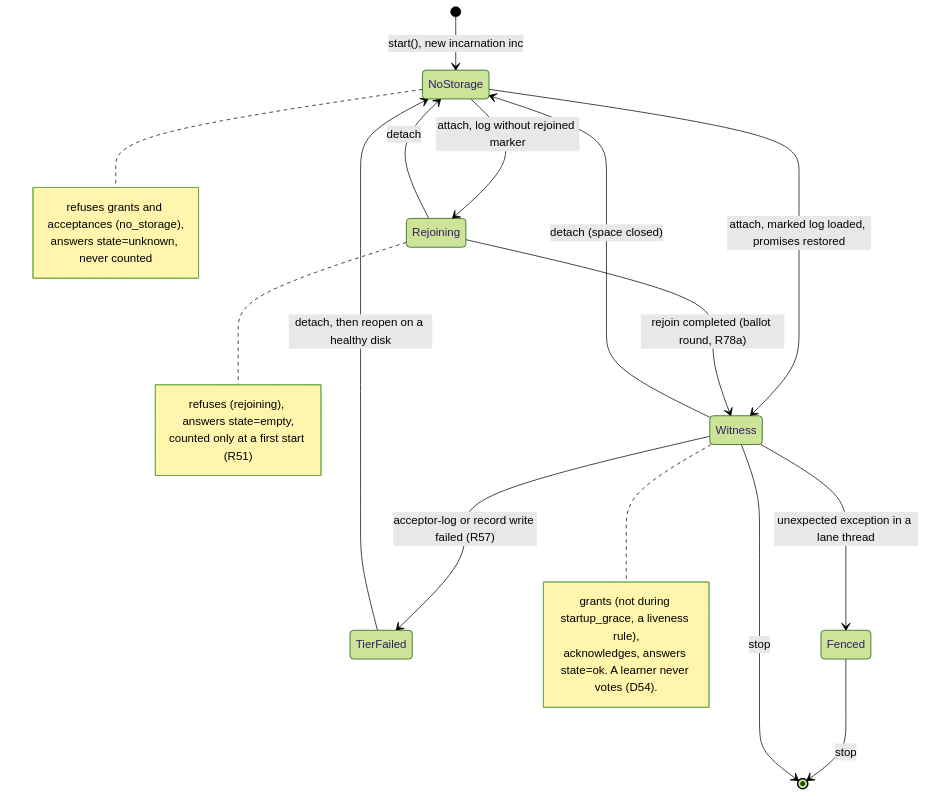
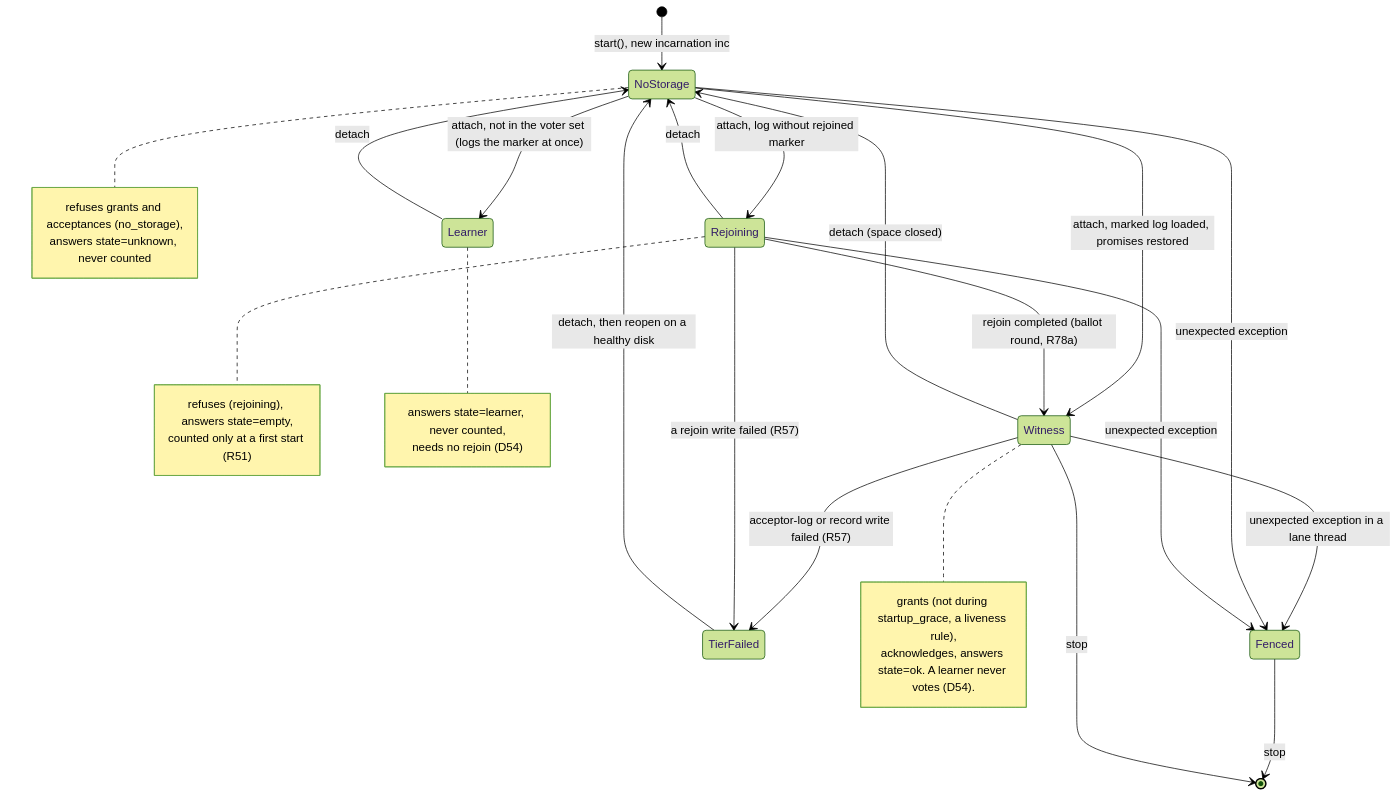
The diagram in docs/source/coordinator-protocol/state-node.mmd (gamarino/ProtoDB), drawn with Mermaid (forest theme) before and after one commit. The commit also changed 12 other files, not shown here.

```diff
--- a/docs/source/coordinator-protocol/state-node.mmd
+++ b/docs/source/coordinator-protocol/state-node.mmd
@@ -1,25 +1,34 @@
 %% What a member's votes and answers are worth (_refusal, _witness_state).
 stateDiagram-v2
     [*] --> NoStorage: start(), new incarnation inc
     NoStorage --> Rejoining: attach, log without rejoined marker
     NoStorage --> Witness: attach, marked log loaded, promises restored
     Rejoining --> Witness: rejoin completed (ballot round, R78a)
     Witness --> NoStorage: detach (space closed)
     Rejoining --> NoStorage: detach
     Witness --> TierFailed: acceptor-log or record write failed (R57)
     TierFailed --> NoStorage: detach, then reopen on a healthy disk
     Witness --> Fenced: unexpected exception in a lane thread
+    NoStorage --> Fenced: unexpected exception
+    Rejoining --> Fenced: unexpected exception
+    Rejoining --> TierFailed: a rejoin write failed (R57)
+    NoStorage --> Learner: attach, not in the voter set (logs the marker at once)
+    Learner --> NoStorage: detach
     Fenced --> [*]: stop
     Witness --> [*]: stop
     note right of NoStorage
         refuses grants and acceptances (no_storage),
         answers state=unknown, never counted
     end note
     note right of Rejoining
         refuses (rejoining), answers state=empty,
         counted only at a first start (R51)
     end note
+    note right of Learner
+        answers state=learner, never counted,
+        needs no rejoin (D54)
+    end note
     note right of Witness
         grants (not during startup_grace, a liveness rule),
         acknowledges, answers state=ok. A learner never votes (D54).
     end note
```
